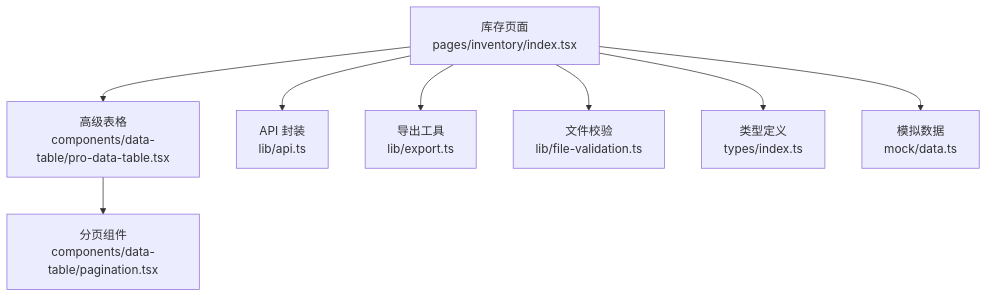
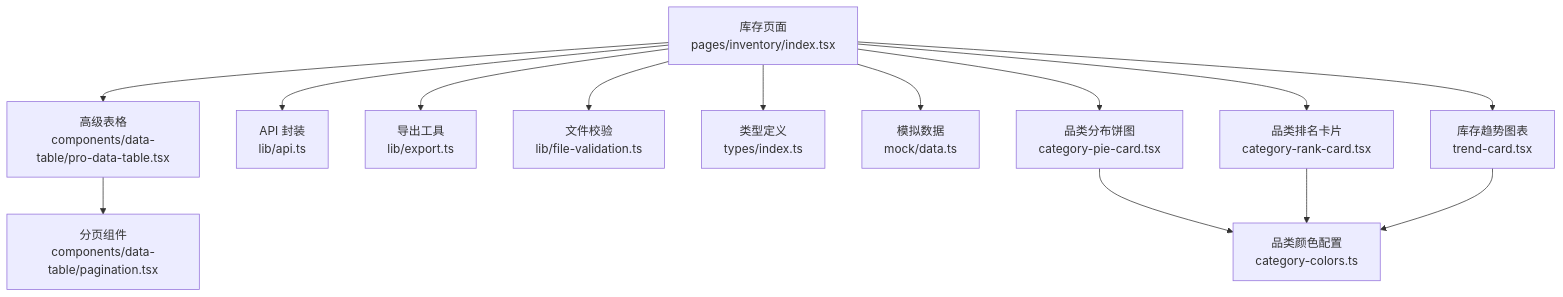
Before and after one commit to Damao997/newproject: the first of 8 diagrams in .qoder/repowiki/zh/content/页面组件/库存管理页面.md, drawn with Mermaid. The commit also changed other lines of this file and 55 other files, not shown here.

````diff
--- a/.qoder/repowiki/zh/content/页面组件/库存管理页面.md
+++ b/.qoder/repowiki/zh/content/页面组件/库存管理页面.md
@@ -41,10 +61,16 @@
 ```mermaid
 graph TB
 A["库存页面<br/>pages/inventory/index.tsx"] --> B["高级表格<br/>components/data-table/pro-data-table.tsx"]
 B --> C["分页组件<br/>components/data-table/pagination.tsx"]
 A --> D["API 封装<br/>lib/api.ts"]
 A --> E["导出工具<br/>lib/export.ts"]
 A --> F["文件校验<br/>lib/file-validation.ts"]
 A --> G["类型定义<br/>types/index.ts"]
 A --> H["模拟数据<br/>mock/data.ts"]
+A --> I["品类分布饼图<br/>category-pie-card.tsx"]
+A --> J["品类排名卡片<br/>category-rank-card.tsx"]
+A --> K["库存趋势图表<br/>trend-card.tsx"]
+I --> L["品类颜色配置<br/>category-colors.ts"]
+J --> L
+K --> L
 ```
````
